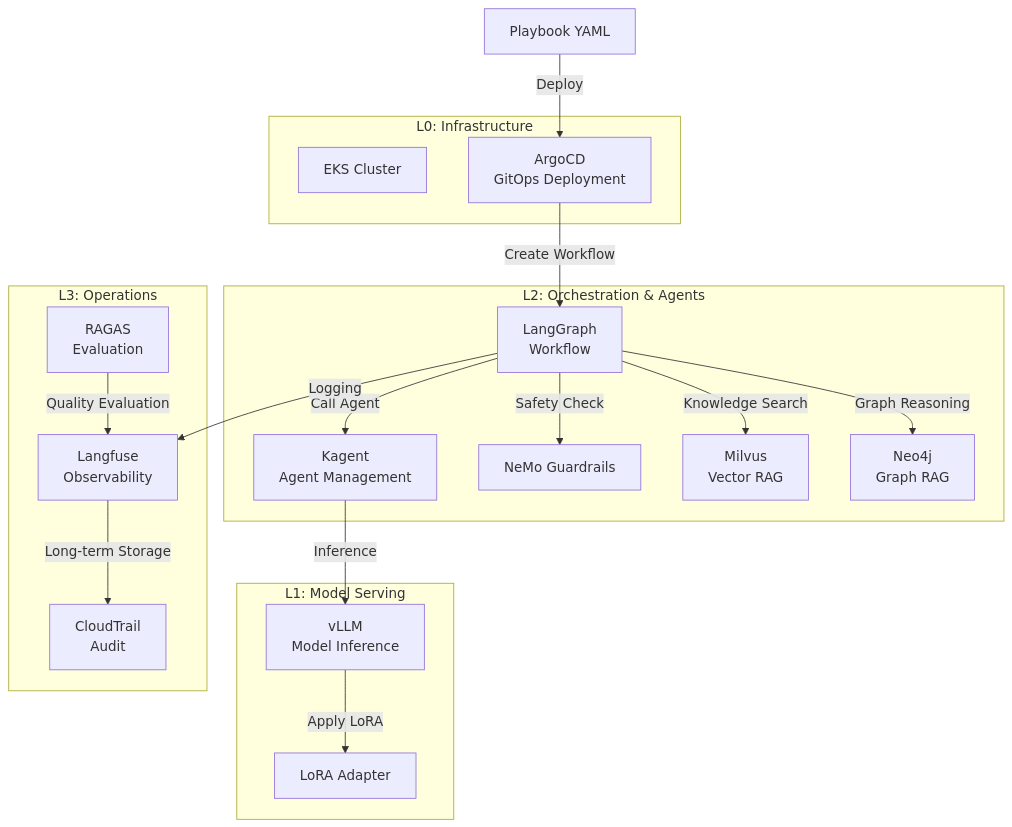
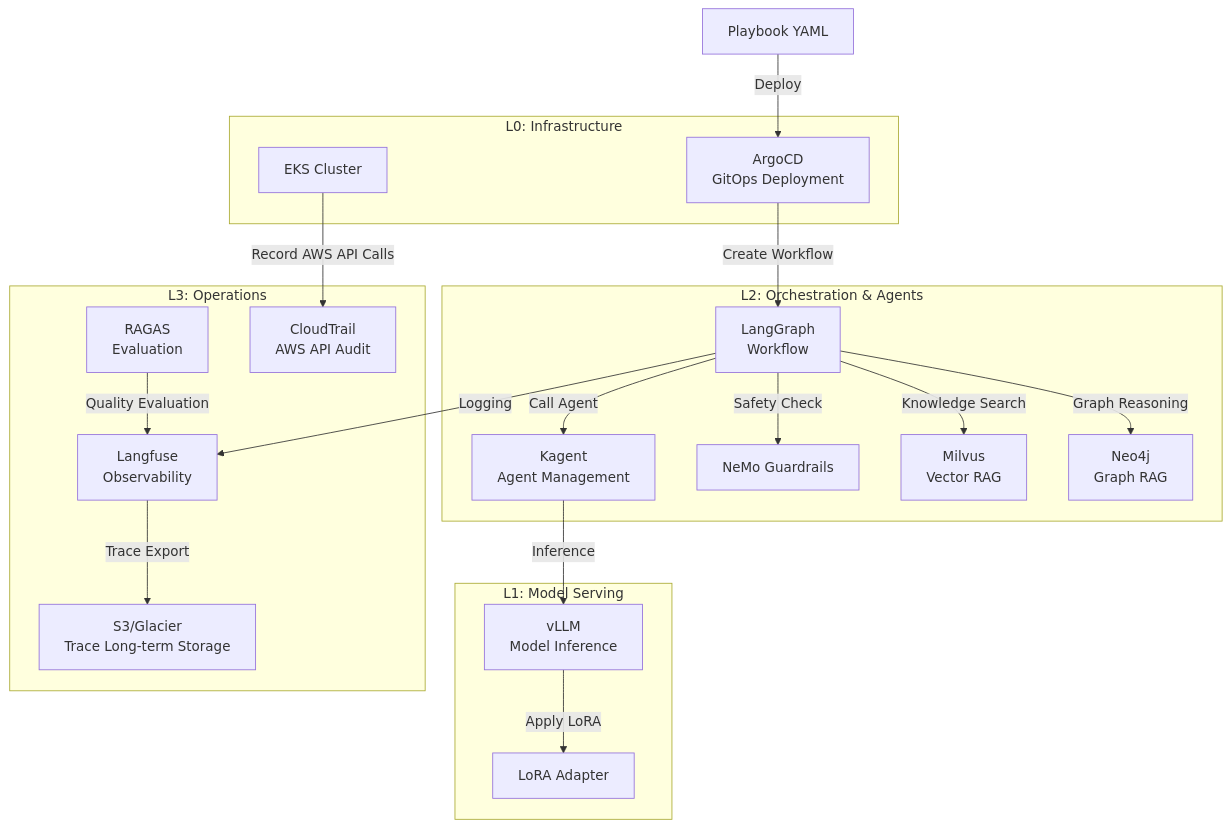
Before and after one commit to devfloor9/engineering-playbook: the first of 4 diagrams in docs/agentic-ai-platform/operations-mlops/governance/agentic-playbook.md, drawn with Mermaid. The commit also changed other lines of this file and 7 other files, not shown here.

````diff
--- a/docs/agentic-ai-platform/operations-mlops/governance/agentic-playbook.md
+++ b/docs/agentic-ai-platform/operations-mlops/governance/agentic-playbook.md
@@ -211,38 +223,40 @@
 ```mermaid
 graph TB
     subgraph "L0: Infrastructure"
         EKS[EKS Cluster]
         ArgoCD[ArgoCD<br/>GitOps Deployment]
     end
     
     subgraph "L1: Model Serving"
         vLLM[vLLM<br/>Model Inference]
         LoRA[LoRA Adapter]
     end
     
     subgraph "L2: Orchestration & Agents"
         LangGraph[LangGraph<br/>Workflow]
         Kagent[Kagent<br/>Agent Management]
         Guardrails[NeMo Guardrails]
         Milvus[Milvus<br/>Vector RAG]
         Neo4j[Neo4j<br/>Graph RAG]
     end
     
     subgraph "L3: Operations"
         Langfuse[Langfuse<br/>Observability]
         RAGAS[RAGAS<br/>Evaluation]
-        CloudTrail[CloudTrail<br/>Audit]
+        CloudTrail[CloudTrail<br/>AWS API Audit]
+        Archive[S3/Glacier<br/>Trace Long-term Storage]
     end
     
     Playbook[Playbook YAML] -->|Deploy| ArgoCD
     ArgoCD -->|Create Workflow| LangGraph
     LangGraph -->|Call Agent| Kagent
     Kagent -->|Inference| vLLM
     vLLM -->|Apply LoRA| LoRA
     LangGraph -->|Safety Check| Guardrails
     LangGraph -->|Knowledge Search| Milvus
     LangGraph -->|Graph Reasoning| Neo4j
     LangGraph -->|Logging| Langfuse
-    Langfuse -->|Long-term Storage| CloudTrail
+    Langfuse -->|Trace Export| Archive
+    EKS -->|Record AWS API Calls| CloudTrail
     RAGAS -->|Quality Evaluation| Langfuse
 ```
````
